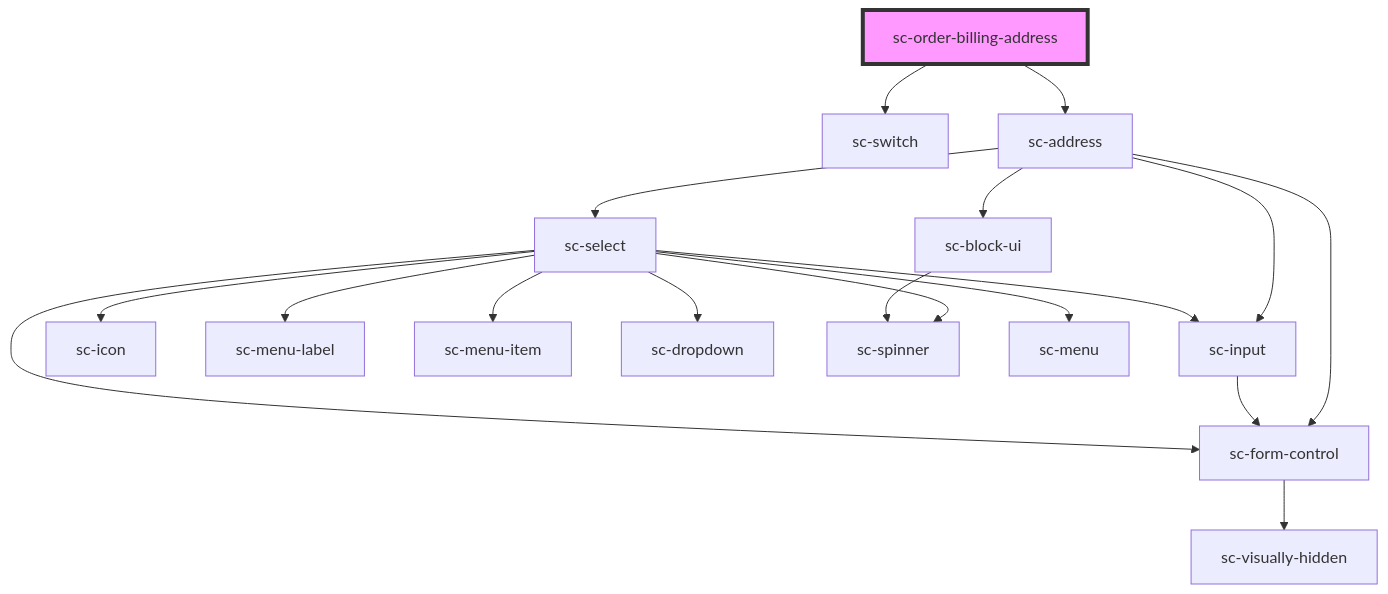
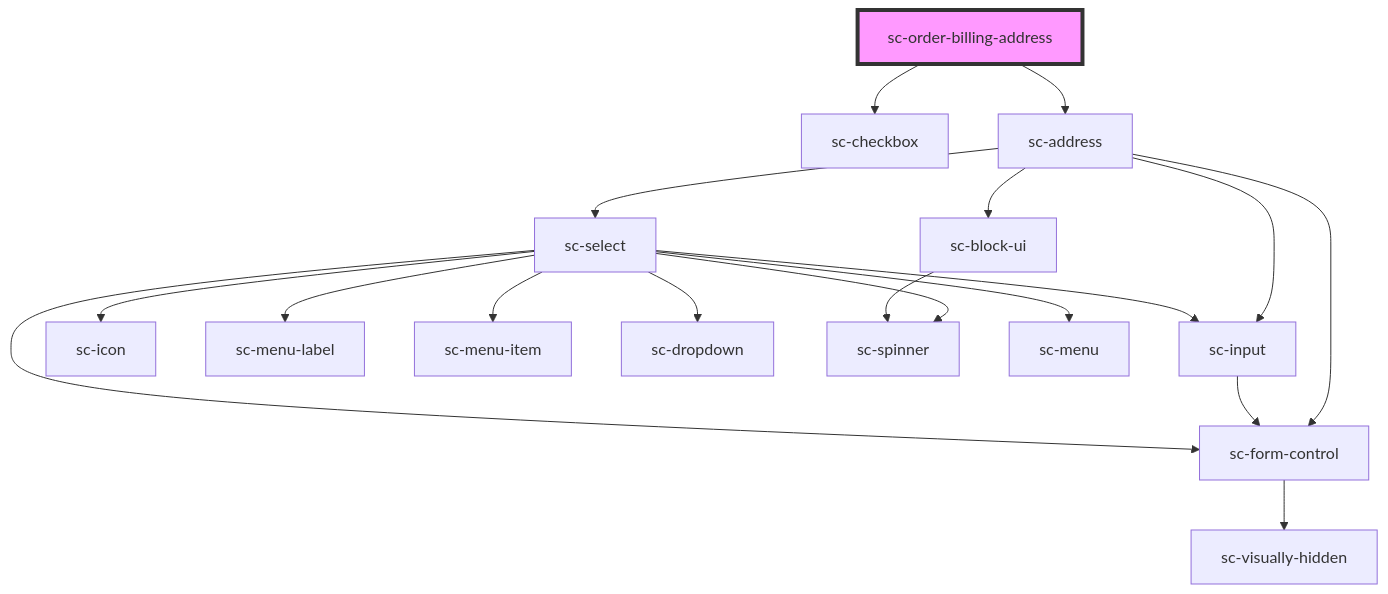
One commit to surecart/surecart-wp-plugin changed the diagram in packages/components/src/components/controllers/checkout-form/sc-order-billing-address/readme.md. Above: the diagram before and after it, drawn with Mermaid. The commit also changed other lines of this file and 5 other files, not shown here.

````diff
--- a/packages/components/src/components/controllers/checkout-form/sc-order-billing-address/readme.md
+++ b/packages/components/src/components/controllers/checkout-form/sc-order-billing-address/readme.md
@@ -46,21 +46,21 @@
 ```mermaid
 graph TD;
-  sc-order-billing-address --> sc-switch
+  sc-order-billing-address --> sc-checkbox
   sc-order-billing-address --> sc-address
   sc-address --> sc-form-control
   sc-address --> sc-input
   sc-address --> sc-select
   sc-address --> sc-block-ui
   sc-form-control --> sc-visually-hidden
   sc-input --> sc-form-control
   sc-select --> sc-icon
   sc-select --> sc-menu-label
   sc-select --> sc-menu-item
   sc-select --> sc-form-control
   sc-select --> sc-dropdown
   sc-select --> sc-input
   sc-select --> sc-spinner
   sc-select --> sc-menu
   sc-block-ui --> sc-spinner
   style sc-order-billing-address fill:#f9f,stroke:#333,stroke-width:4px
 ```
````
